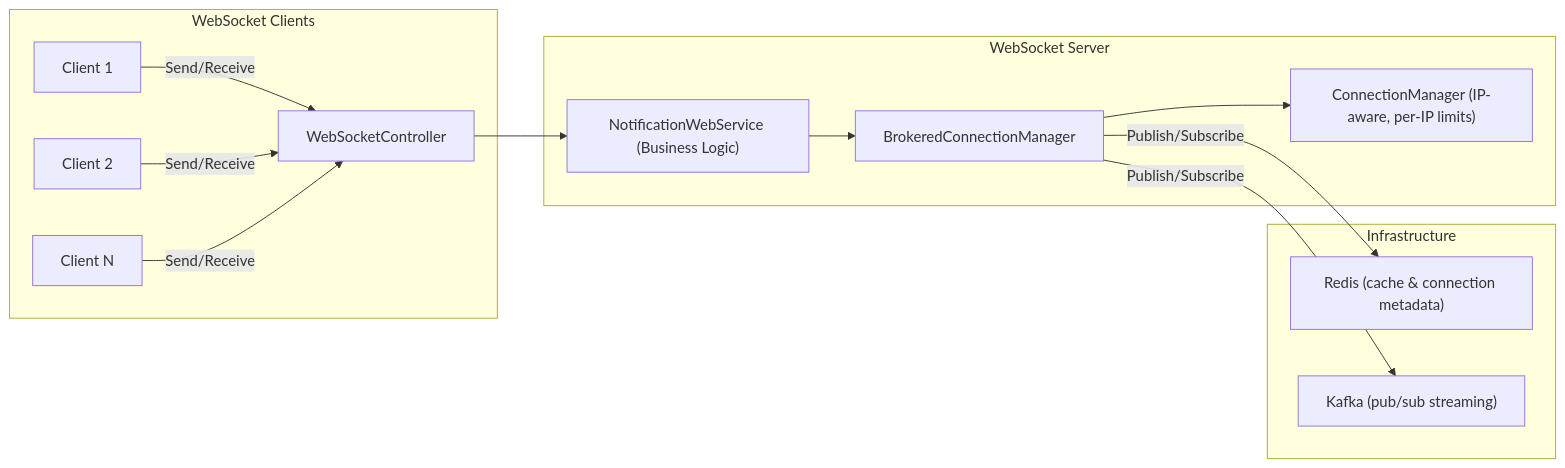
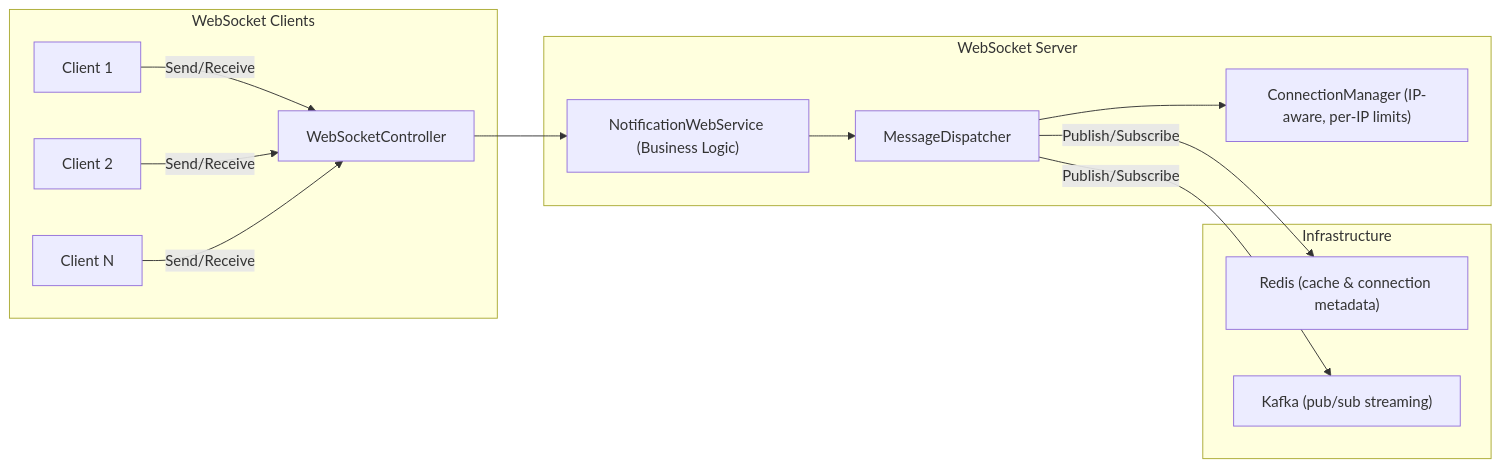
Before and after one commit to emmanuel-karanja/WebSocketLib: the diagram in Readme.md, drawn with Mermaid. The commit also changed other lines of this file and 4 other files, not shown here.

````diff
--- a/Readme.md
+++ b/Readme.md
@@ -28,27 +28,27 @@
 ```mermaid
 flowchart LR
     subgraph Client["WebSocket Clients"]
         A1["Client 1"] -->|Send/Receive| C
         A2["Client 2"] -->|Send/Receive| C
         A3["Client N"] -->|Send/Receive| C
     end
 
     subgraph Server["WebSocket Server"]
         C["WebSocketController"]
         S["NotificationWebService (Business Logic)"]
-        BCM["BrokeredConnectionManager"]
+        MD["MessageDispatcher"]
         CM["ConnectionManager (IP-aware, per-IP limits)"]
 
         C --> S
-        S --> BCM
-        BCM --> CM
+        S --> MD
+        MD --> CM
     end
 
     subgraph Infra["Infrastructure"]
         R["Redis (cache & connection metadata)"]
         K["Kafka (pub/sub streaming)"]
     end
 
-    BCM -->|Publish/Subscribe| R
-    BCM -->|Publish/Subscribe| K
+    MD -->|Publish/Subscribe| R
+    MD -->|Publish/Subscribe| K
 ```
````
